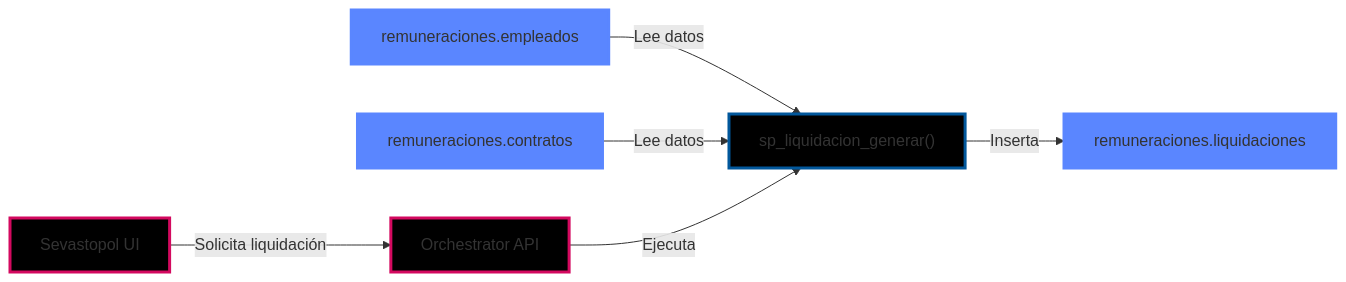
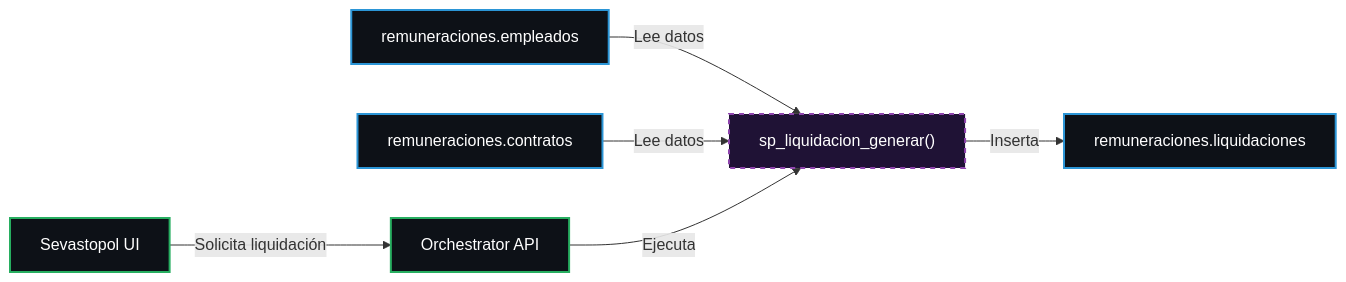
One commit to ChrisTkm/jean_d_arc changed the fourth of 9 diagrams in src/content/docs/arquitectura/diagramas.md. Above: the diagram before and after it, drawn with Mermaid. The commit also changed other lines of this file and 8 other files, not shown here.

Commit message:
docs: Add comprehensive documentation for accounting remuneration, system architecture, and security practices including various diagrams.

````diff
--- a/src/content/docs/arquitectura/diagramas.md
+++ b/src/content/docs/arquitectura/diagramas.md
@@ -226,18 +184,18 @@
 ```mermaid
 flowchart LR
     SEV["Sevastopol UI"] -->|Solicita liquidación| ORC["Orchestrator API"]
     
     EMP["remuneraciones.empleados"] -->|Lee datos| SP["sp_liquidacion_generar()"]
     CONT["remuneraciones.contratos"] -->|Lee datos| SP
     
     ORC -->|Ejecuta| SP
     SP -->|Inserta| LIQ["remuneraciones.liquidaciones"]
     
-    classDef externos fill:#000,stroke:#d3095f,stroke-width:3px
-    classDef producers fill:#000,stroke:#01579b,stroke-width:3px
-    classDef tablas fill:#5a86ff,stroke:#5a86ff,stroke-width:3px
+    classDef front fill:#0d1117,stroke:#27ae60,stroke-width:2px,color:#fff;
+    classDef sp fill:#1f1235,stroke:#8e44ad,stroke-width:2px,stroke-dasharray: 5 5,color:#fff;
+    classDef db fill:#0d1117,stroke:#2b95d6,stroke-width:2px,color:#fff;
     
-    class SEV,ORC externos
-    class SP producers
-    class EMP,CONT,LIQ tablas
+    class SEV,ORC front
+    class SP sp
+    class EMP,CONT,LIQ db
 ```
````
